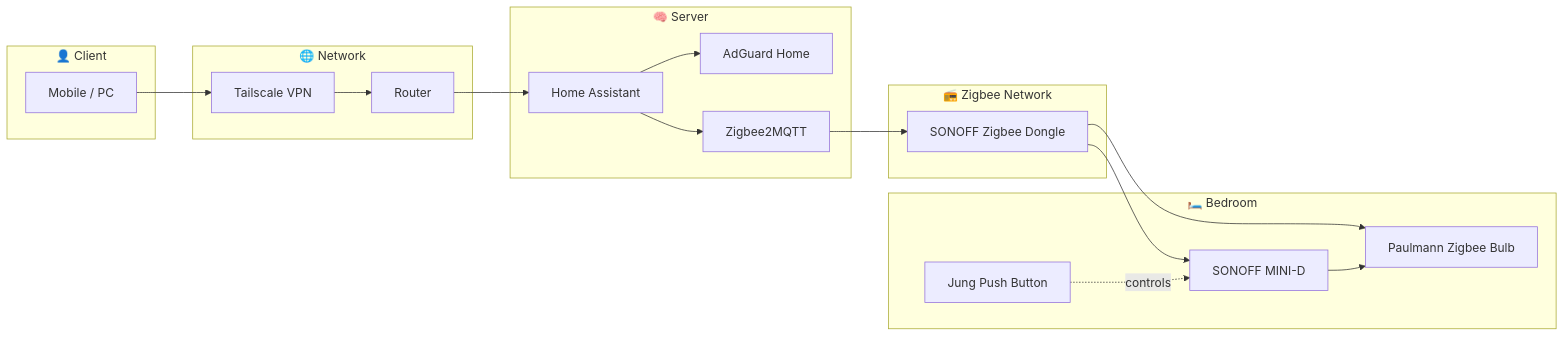
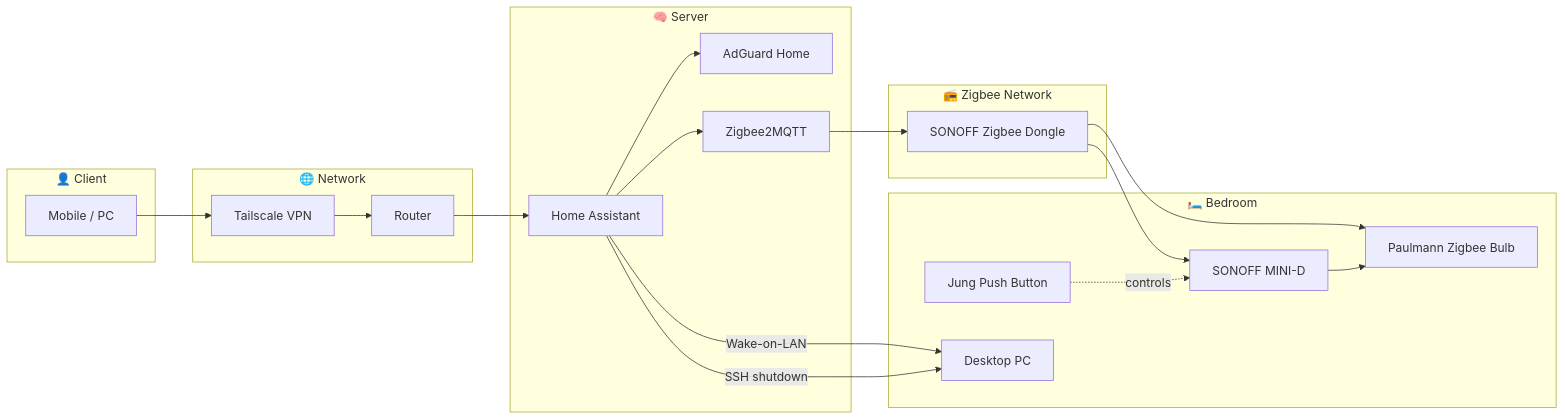
The diagram in README.md (DonMyuser/smart-home-lab), drawn with Mermaid before and after one commit. The commit also changed other lines of this file and 4 other files, not shown here.

Commit message:
docs: expand README with architecture, roadmap and ADR links

````diff
--- a/README.md
+++ b/README.md
@@ -59,42 +149,90 @@
 ```mermaid
+
 flowchart LR
 
+
+
 subgraph Client["👤 Client"]
+
 User["Mobile / PC"]
+
 end
 
+
+
 subgraph Network["🌐 Network"]
+
 VPN["Tailscale VPN"]
+
 Router["Router"]
+
 end
 
+
+
 subgraph Server["🧠 Server"]
+
 HA["Home Assistant"]
+
 AG["AdGuard Home"]
+
 Z2M["Zigbee2MQTT"]
+
 end
 
+
+
 subgraph Zigbee["📻 Zigbee Network"]
+
 Dongle["SONOFF Zigbee Dongle"]
+
 end
 
+
+
 subgraph Bedroom["🛏️ Bedroom"]
+
 Mini["SONOFF MINI-D"]
+
 Bulb["Paulmann Zigbee Bulb"]
+
 Switch["Jung Push Button"]
+
+PC["Desktop PC"]
+
 end
 
+
 User --> VPN
+
 VPN --> Router
+
 Router --> HA
 
+
+
 HA --> AG
+
 HA --> Z2M
+
 Z2M --> Dongle
 
+
+
 Dongle --> Mini
+
 Dongle --> Bulb
 
+
+
 Switch -. controls .-> Mini
+
 Mini --> Bulb
+
+
+
+HA -->|Wake-on-LAN| PC
+
+HA -->|SSH shutdown| PC
+
 ```
````
